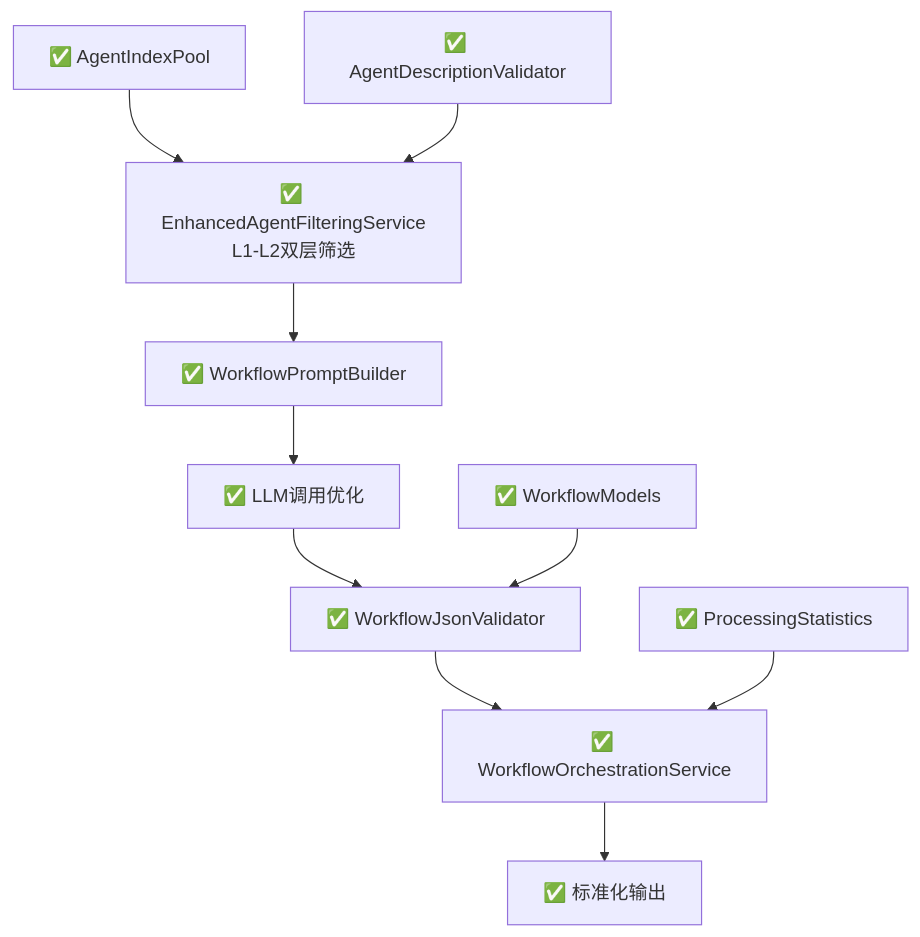
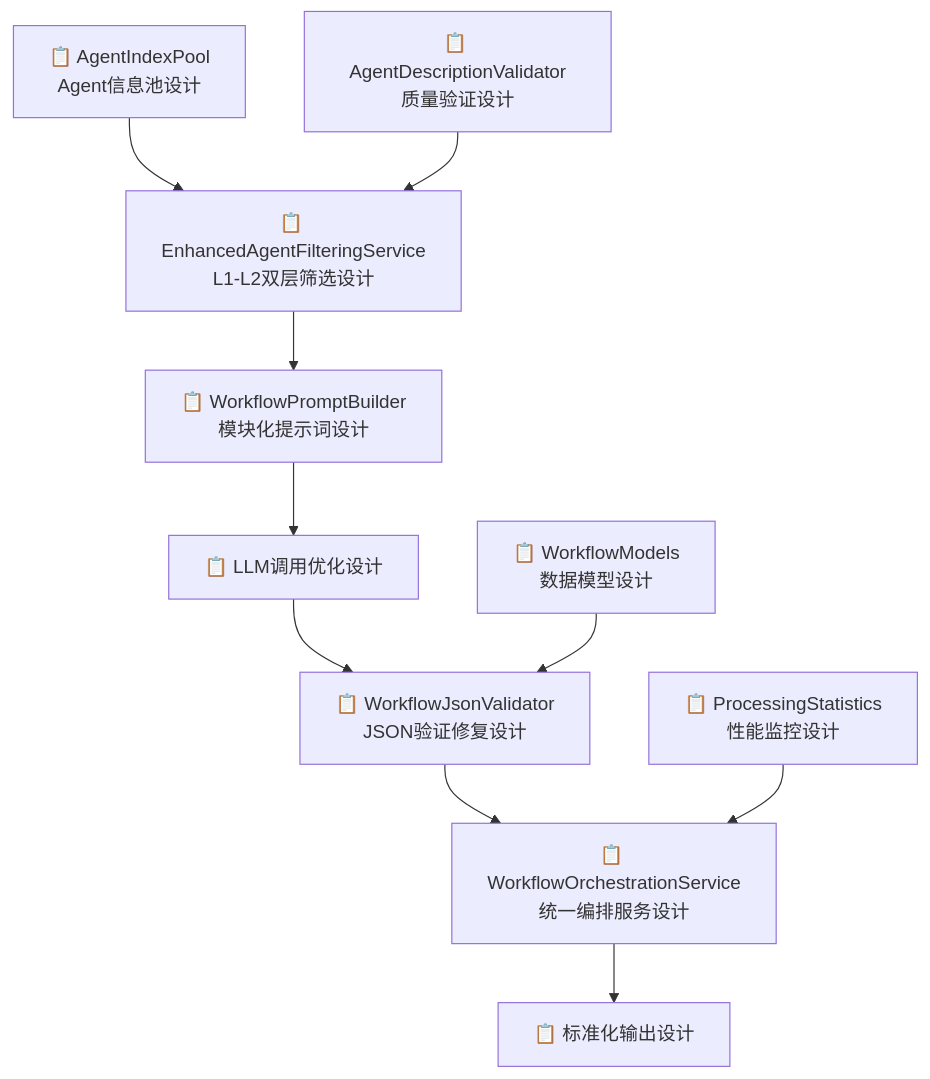
The fifth of 5 diagrams in agent-workflow-optimization-guide.md (aevatarAI/aevatar-gagents), drawn with Mermaid before and after one commit. The commit also changed other lines of this file, not shown here.

````diff
--- a/agent-workflow-optimization-guide.md
+++ b/agent-workflow-optimization-guide.md
@@ -826,13 +841,13 @@
 ```mermaid
 graph TD
-    A[✅ EnhancedAgentFilteringService<br/>L1-L2双层筛选] --> B[✅ WorkflowPromptBuilder]
-    B --> C[✅ LLM调用优化]
-    C --> D[✅ WorkflowJsonValidator]
-    D --> E[✅ WorkflowOrchestrationService]
-    E --> F[✅ 标准化输出]
+    A[📋 EnhancedAgentFilteringService<br/>L1-L2双层筛选设计] --> B[📋 WorkflowPromptBuilder<br/>模块化提示词设计]
+    B --> C[📋 LLM调用优化设计]
+    C --> D[📋 WorkflowJsonValidator<br/>JSON验证修复设计]
+    D --> E[📋 WorkflowOrchestrationService<br/>统一编排服务设计]
+    E --> F[📋 标准化输出设计]
     
-    G[✅ AgentIndexPool] --> A
-    H[✅ ProcessingStatistics] --> E
-    I[✅ WorkflowModels] --> D
-    J[✅ AgentDescriptionValidator] --> A
+    G[📋 AgentIndexPool<br/>Agent信息池设计] --> A
+    H[📋 ProcessingStatistics<br/>性能监控设计] --> E
+    I[📋 WorkflowModels<br/>数据模型设计] --> D
+    J[📋 AgentDescriptionValidator<br/>质量验证设计] --> A
 ```
````
